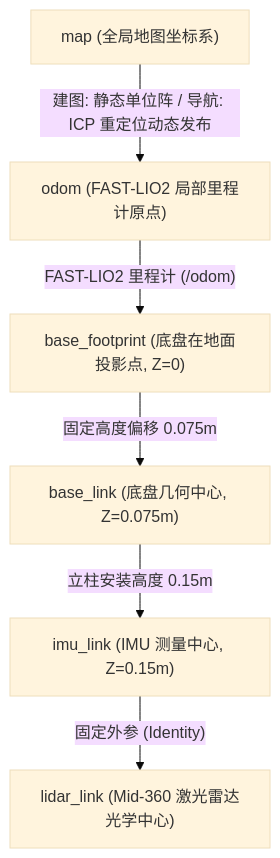
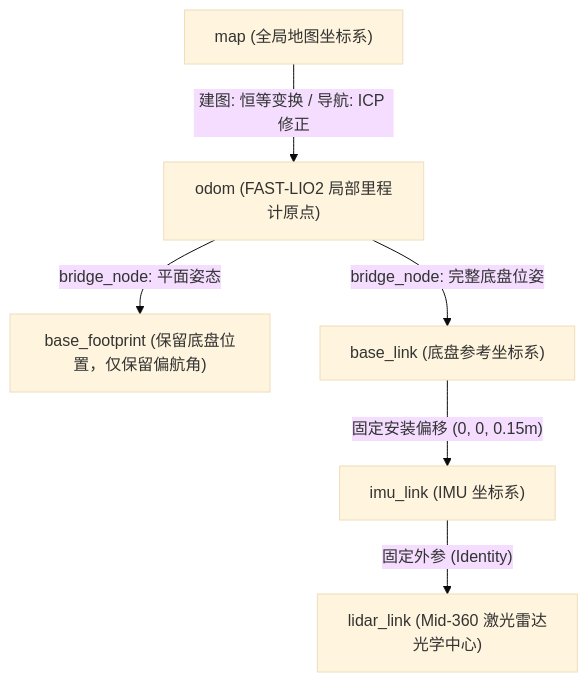
Before and after one commit to WrenInk/slam_simulation: the second of 2 diagrams in README.md, drawn with Mermaid (base theme). The commit also changed other lines of this file and 19 other files, not shown here.

````diff
--- a/README.md
+++ b/README.md
@@ -65,15 +65,15 @@
 ```mermaid
 flowchart TD
     map["map (全局地图坐标系)"]
     odom["odom (FAST-LIO2 局部里程计原点)"]
-    base_footprint["base_footprint (底盘在地面投影点, Z=0)"]
-    base_link["base_link (底盘几何中心, Z=0.075m)"]
-    imu_link["imu_link (IMU 测量中心, Z=0.15m)"]
+    base_footprint["base_footprint (保留底盘位置，仅保留偏航角)"]
+    base_link["base_link (底盘参考坐标系)"]
+    imu_link["imu_link (IMU 坐标系)"]
     lidar_link["lidar_link (Mid-360 激光雷达光学中心)"]
 
-    map -->|"建图: 静态单位阵 / 导航: ICP 重定位动态发布"| odom
-    odom -->|"FAST-LIO2 里程计 (/odom)"| base_footprint
-    base_footprint -->|"固定高度偏移 0.075m"| base_link
-    base_link -->|"立柱安装高度 0.15m"| imu_link
+    map -->|"建图: 恒等变换 / 导航: ICP 修正"| odom
+    odom -->|"bridge_node: 平面姿态"| base_footprint
+    odom -->|"bridge_node: 完整底盘位姿"| base_link
+    base_link -->|"固定安装偏移 (0, 0, 0.15m)"| imu_link
     imu_link -->|"固定外参 (Identity)"| lidar_link
 ```
````
